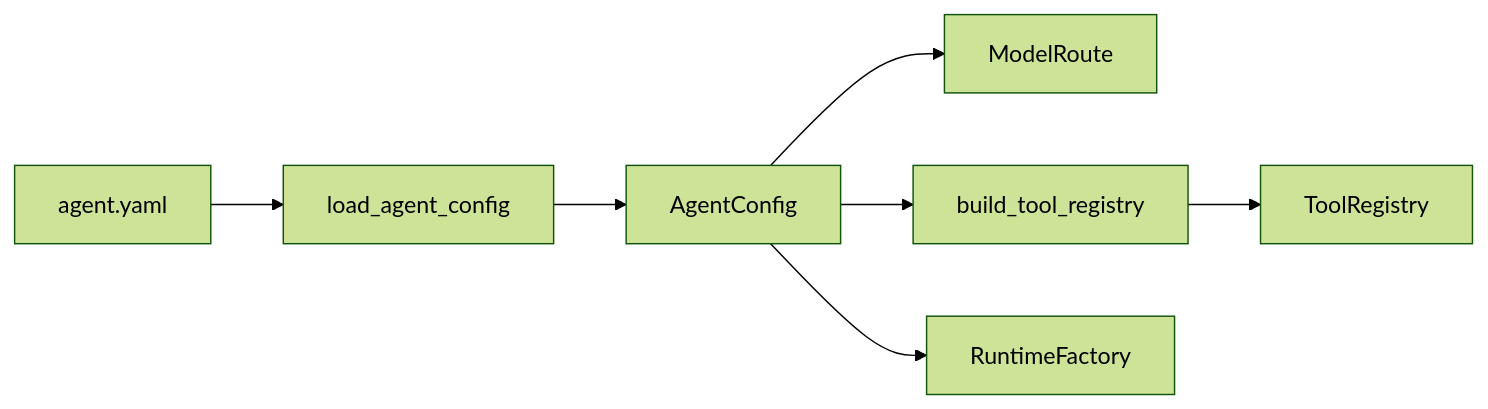
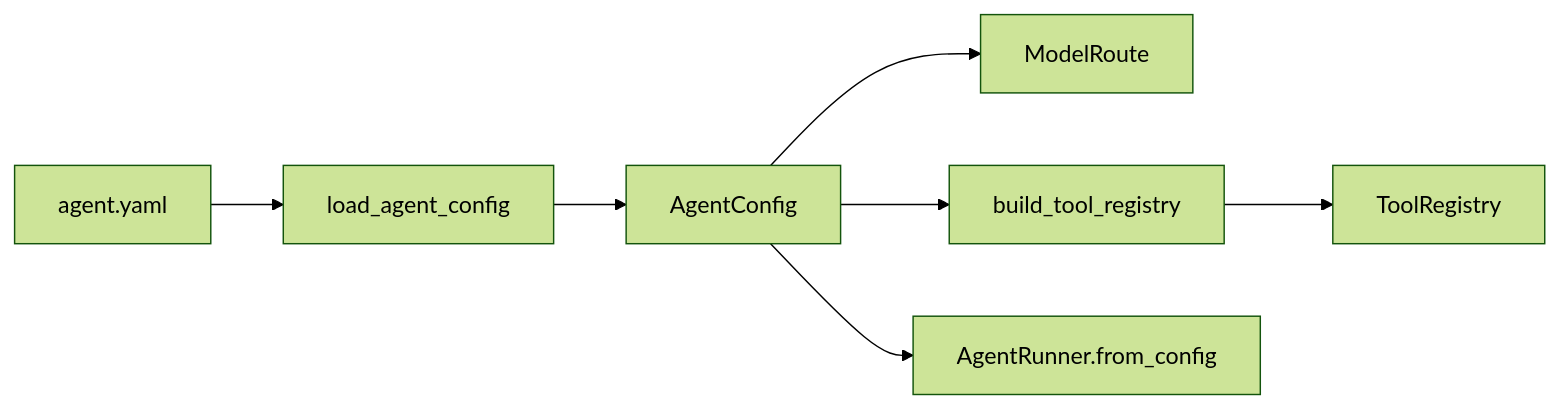
The diagram in src/iris/agents/README.en.md (Tsubaki-01/Iris), drawn with Mermaid (forest theme) before and after one commit. The commit also changed other lines of this file and 81 other files, not shown here.

````diff
--- a/src/iris/agents/README.en.md
+++ b/src/iris/agents/README.en.md
@@ -11,9 +11,9 @@
 ```mermaid
 flowchart LR
     YAML["agent.yaml"] --> Loader["load_agent_config"]
     Loader --> Config["AgentConfig"]
     Config --> Route["ModelRoute"]
     Config --> Tools["build_tool_registry"]
     Tools --> Registry["ToolRegistry"]
-    Config --> Runtime["RuntimeFactory"]
+    Config --> Harness["AgentRunner.from_config"]
 ```
````
